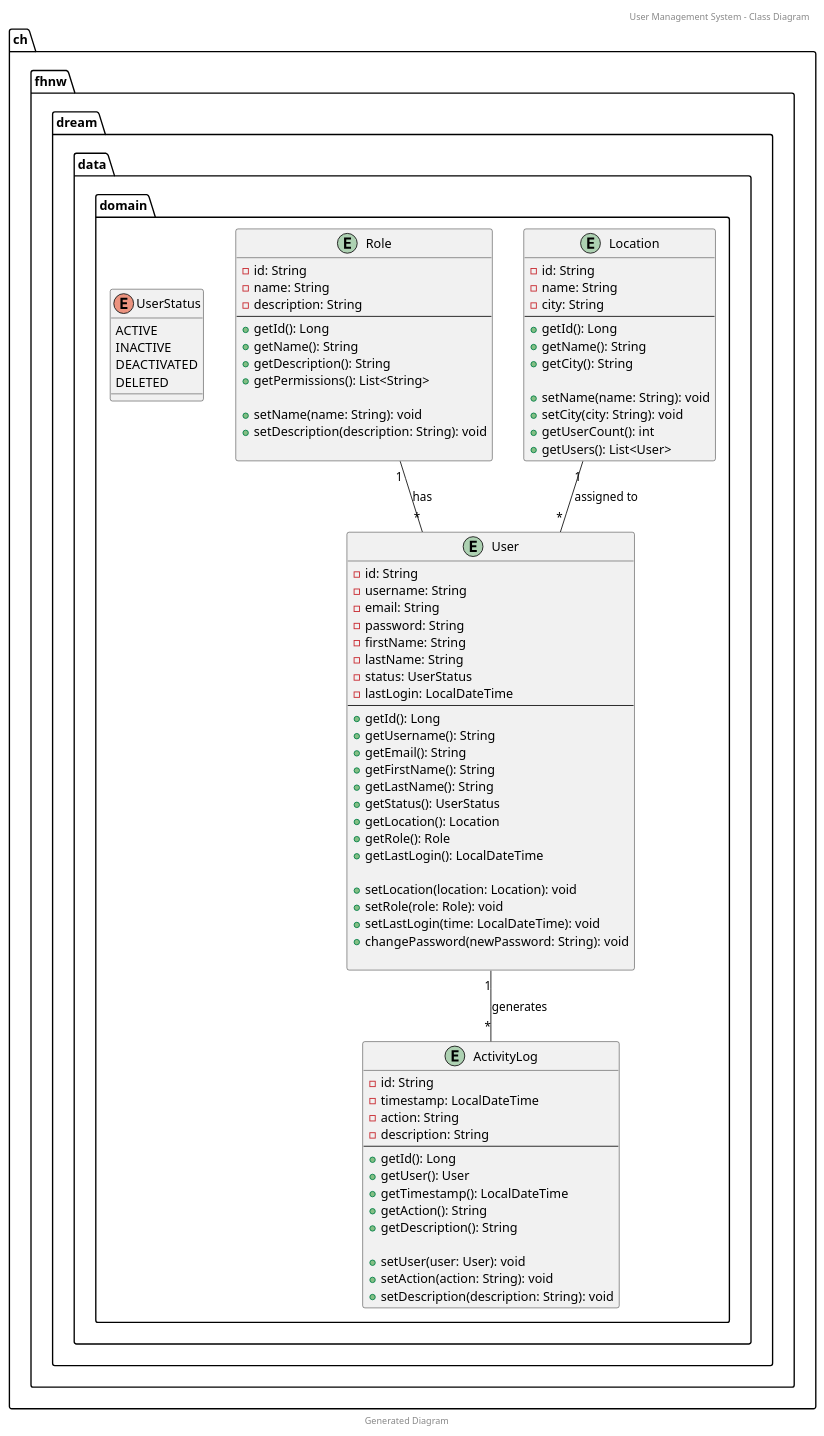
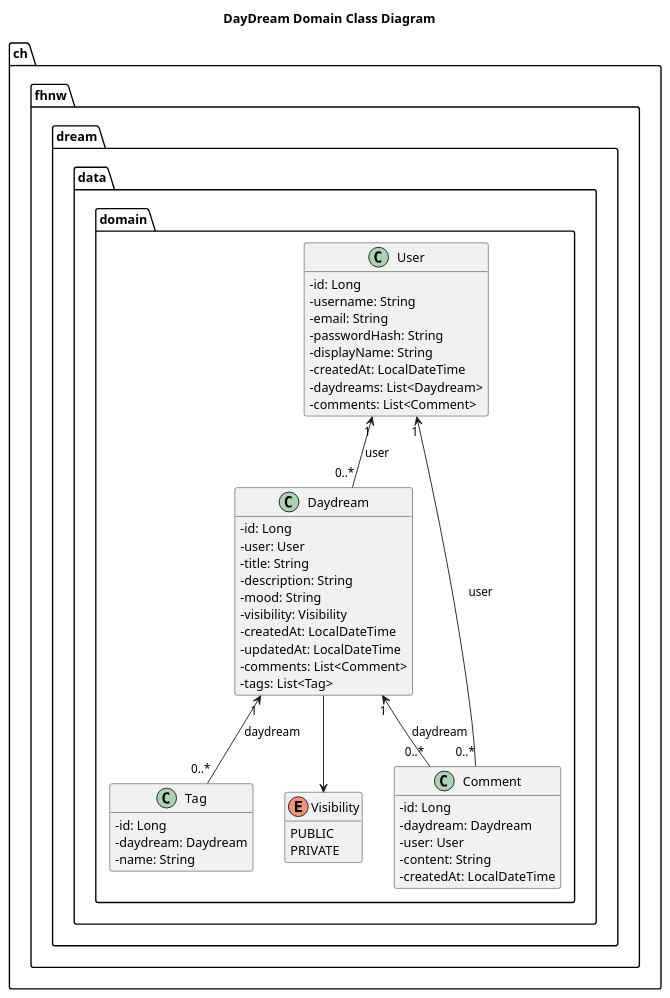
The diagram in doc/class-diagram.plantuml (NikolaMatovic/DayDream), drawn with PlantUML before and after one commit. The commit also changed 4 other files, not shown here.

```diff
--- a/doc/class-diagram.plantuml
+++ b/doc/class-diagram.plantuml
@@ -1,94 +1,59 @@
 @startuml
-header User Management System - Class Diagram
-footer Generated Diagram
+title DayDream Domain Class Diagram
 
-' Domain Classes
+hide empty members
+skinparam classAttributeIconSize 0
+
 package "ch.fhnw.dream.data.domain" {
 
-    entity User {
-        - id: String
+    class User {
+        - id: Long
         - username: String
         - email: String
-        - password: String
-        - firstName: String
-        - lastName: String
-        - status: UserStatus
-        - lastLogin: LocalDateTime
-        --
-        + getId(): Long
-        + getUsername(): String
-        + getEmail(): String
-        + getFirstName(): String
-        + getLastName(): String
-        + getStatus(): UserStatus
-        + getLocation(): Location
-        + getRole(): Role
-        + getLastLogin(): LocalDateTime
-
-        + setLocation(location: Location): void
-        + setRole(role: Role): void
-        + setLastLogin(time: LocalDateTime): void
-        + changePassword(newPassword: String): void
-
+        - passwordHash: String
+        - displayName: String
+        - createdAt: LocalDateTime
+        - daydreams: List<Daydream>
+        - comments: List<Comment>
     }
 
-    entity Location {
-        - id: String
-        - name: String
-        - city: String
-        --
-        + getId(): Long
-        + getName(): String
-        + getCity(): String
-
-        + setName(name: String): void
-        + setCity(city: String): void
-        + getUserCount(): int
-        + getUsers(): List<User>
+    class Daydream {
+        - id: Long
+        - user: User
+        - title: String
+        - description: String
+        - mood: String
+        - visibility: Visibility
+        - createdAt: LocalDateTime
+        - updatedAt: LocalDateTime
+        - comments: List<Comment>
+        - tags: List<Tag>
     }
 
-    entity Role {
-        - id: String
-        - name: String
-        - description: String
-        --
-        + getId(): Long
-        + getName(): String
-        + getDescription(): String
-        + getPermissions(): List<String>
-        
-        + setName(name: String): void
-        + setDescription(description: String): void
-      
+    class Comment {
+        - id: Long
+        - daydream: Daydream
+        - user: User
+        - content: String
+        - createdAt: LocalDateTime
     }
 
-    entity ActivityLog {
-        - id: String
-        - timestamp: LocalDateTime
-        - action: String
-        - description: String
-        --
-        + getId(): Long
-        + getUser(): User
-        + getTimestamp(): LocalDateTime
-        + getAction(): String
-        + getDescription(): String
-
-        + setUser(user: User): void
-        + setAction(action: String): void
-        + setDescription(description: String): void
+    class Tag {
+        - id: Long
+        - daydream: Daydream
+        - name: String
     }
 
-    enum UserStatus {
-        ACTIVE
-        INACTIVE
-        DEACTIVATED
-        DELETED
+    enum Visibility {
+        PUBLIC
+        PRIVATE
     }
 }
 
-' Relationships
-Location "1" -- "*" User : assigned to
-Role "1" -- "*" User : has
-User "1" -- "*" ActivityLog : generates
+User "1" <-- "0..*" Daydream : user
+User "1" <-- "0..*" Comment : user
+Daydream "1" <-- "0..*" Comment : daydream
+Daydream "1" <-- "0..*" Tag : daydream
+Daydream --> Visibility
+
 @enduml
```
